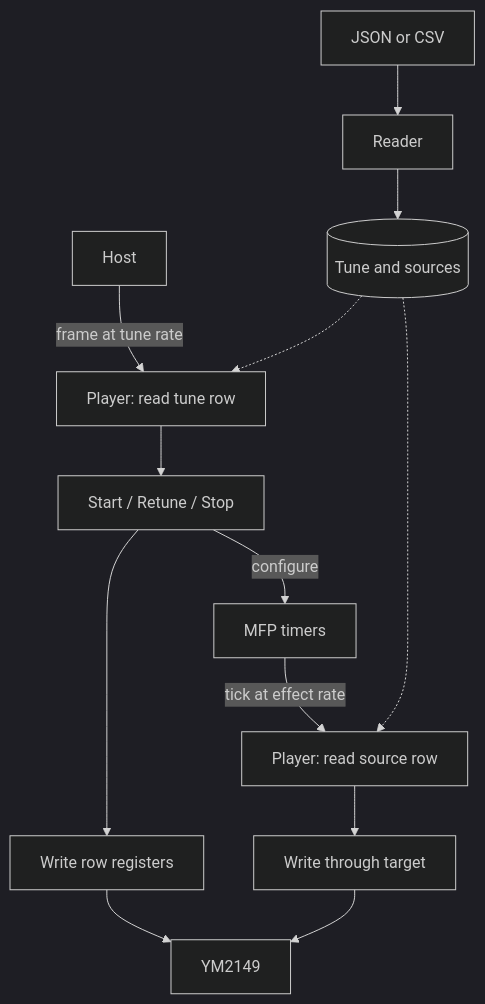
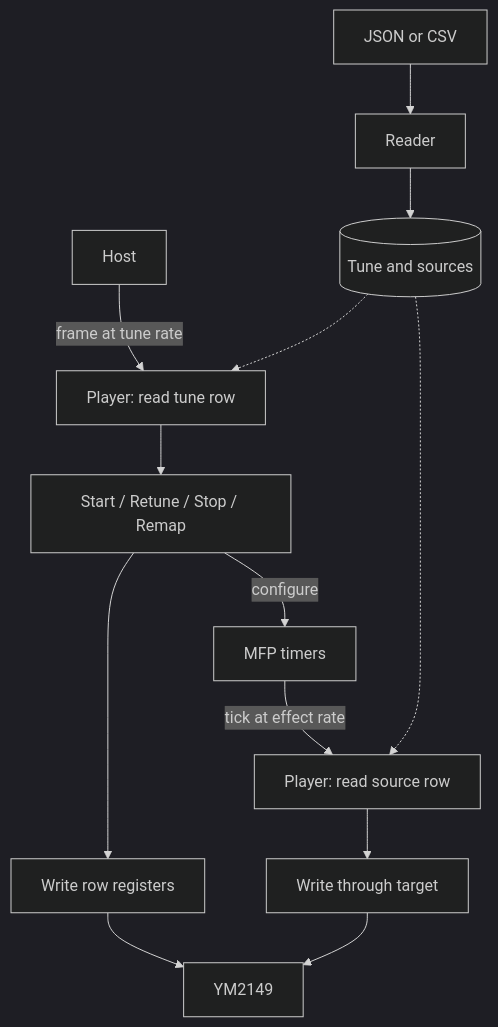
Before and after one commit to odipar/YMXS: the diagram in README.md, drawn with Mermaid (dark theme). The commit also changed other lines of this file and 76 other files, not shown here.

````diff
--- a/README.md
+++ b/README.md
@@ -82,15 +85,15 @@
 ```mermaid
 flowchart TD
     file[JSON or CSV] --> reader[Reader]
     reader --> data[(Tune and sources)]
     host[Host] -->|frame at tune rate| frame[Player: read tune row]
     data -.-> frame
-    frame --> operations[Start / Retune / Stop]
+    frame --> operations[Start / Retune / Stop / Remap]
     operations --> registers[Write row registers]
     registers --> ym[YM2149]
     operations -->|configure| mfp[MFP timers]
     mfp -->|tick at effect rate| tick[Player: read source row]
     data -.-> tick
     tick --> target[Write through target]
     target --> ym
 ```
````
